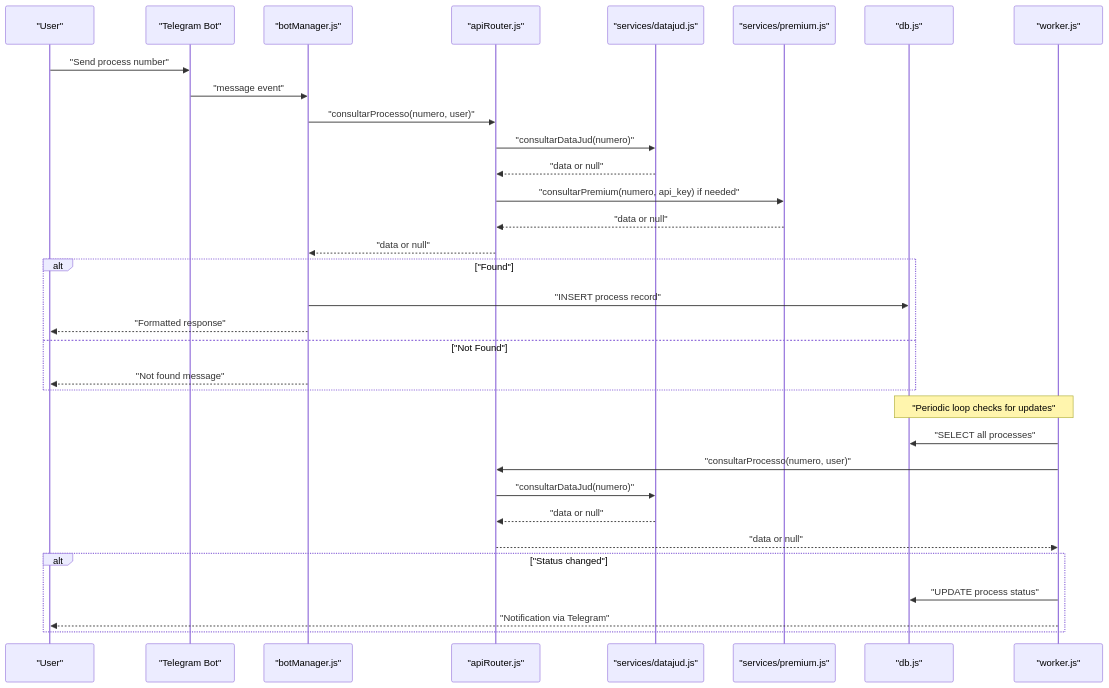
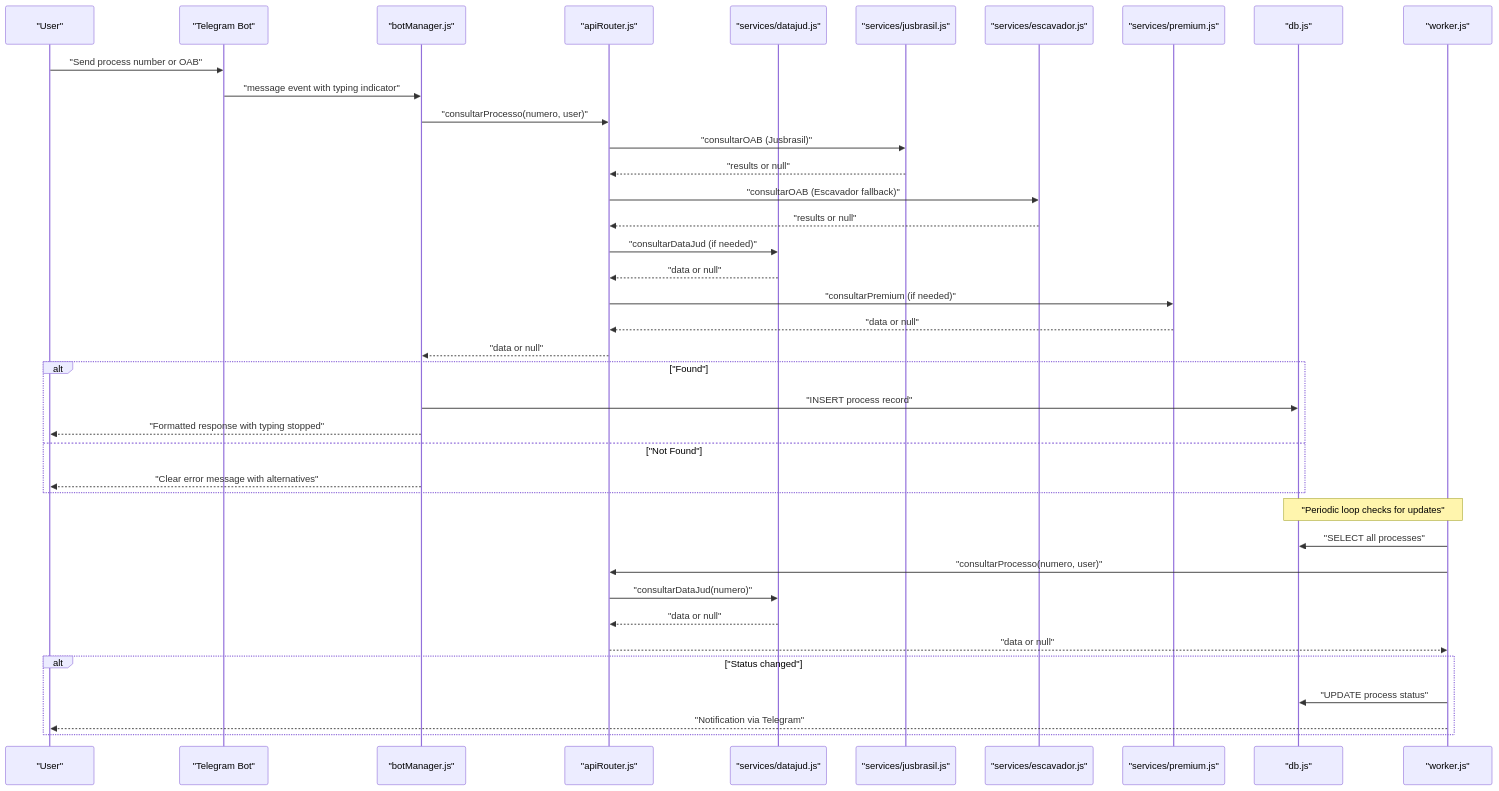
One commit to Alexandrexicara/bot-processos changed the second of 9 diagrams in .qoder/repowiki/en/content/Telegram Bot Integration/Telegram Bot Integration.md. Above: the diagram before and after it, drawn with Mermaid. The commit also changed other lines of this file and 10 other files, not shown here.

````diff
--- a/.qoder/repowiki/en/content/Telegram Bot Integration/Telegram Bot Integration.md
+++ b/.qoder/repowiki/en/content/Telegram Bot Integration/Telegram Bot Integration.md
@@ -111,35 +133,41 @@
 ```mermaid
 sequenceDiagram
 participant U as "User"
 participant T as "Telegram Bot"
 participant BM as "botManager.js"
 participant AR as "apiRouter.js"
 participant DJ as "services/datajud.js"
+participant JB as "services/jusbrasil.js"
+participant ES as "services/escavador.js"
 participant PR as "services/premium.js"
 participant DB as "db.js"
 participant W as "worker.js"
-U->>T : "Send process number"
-T->>BM : "message event"
+U->>T : "Send process number or OAB"
+T->>BM : "message event with typing indicator"
 BM->>AR : "consultarProcesso(numero, user)"
-AR->>DJ : "consultarDataJud(numero)"
+AR->>JB : "consultarOAB (Jusbrasil)"
+JB-->>AR : "results or null"
+AR->>ES : "consultarOAB (Escavador fallback)"
+ES-->>AR : "results or null"
+AR->>DJ : "consultarDataJud (if needed)"
 DJ-->>AR : "data or null"
-AR->>PR : "consultarPremium(numero, api_key) if needed"
+AR->>PR : "consultarPremium (if needed)"
 PR-->>AR : "data or null"
 AR-->>BM : "data or null"
 alt "Found"
 BM->>DB : "INSERT process record"
-BM-->>U : "Formatted response"
+BM-->>U : "Formatted response with typing stopped"
 else "Not Found"
-BM-->>U : "Not found message"
+BM-->>U : "Clear error message with alternatives"
 end
 Note over W,DB : "Periodic loop checks for updates"
 W->>DB : "SELECT all processes"
 W->>AR : "consultarProcesso(numero, user)"
 AR->>DJ : "consultarDataJud(numero)"
 DJ-->>AR : "data or null"
 AR-->>W : "data or null"
 alt "Status changed"
 W->>DB : "UPDATE process status"
 W-->>U : "Notification via Telegram"
 end
 ```
````
